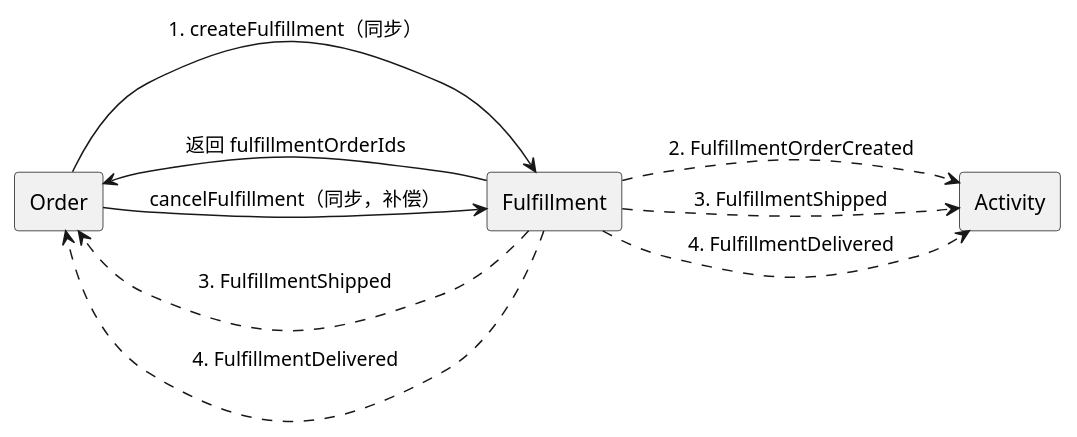
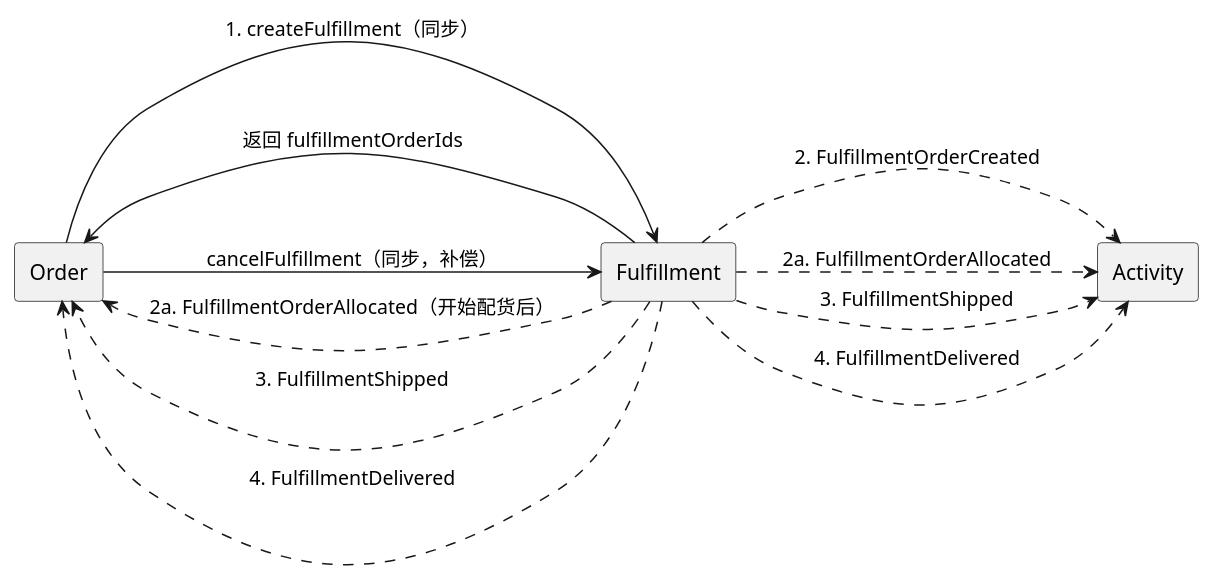
The diagram in docs/bounded-contexts/fulfillment/event-flow.md (mianhe/HMall), drawn with PlantUML before and after one commit. The commit also changed other lines of this file and 75 other files, not shown here.

First line of the commit message:
feat: 交易全链路打通 — Fulfillment 配货状态、Kafka 事件发布、Activity 监控增强

````diff
--- a/docs/bounded-contexts/fulfillment/event-flow.md
+++ b/docs/bounded-contexts/fulfillment/event-flow.md
@@ -47,18 +52,20 @@
 ```plantuml
 @startuml fulfillment-flow
 skinparam componentStyle rectangle
 left to right direction
 component "Order" as Order
 component "Fulfillment" as Fulfillment
 component "Activity" as Activity
 
 Order --> Fulfillment : 1. createFulfillment（同步）
 Order <-- Fulfillment : 返回 fulfillmentOrderIds
 Fulfillment ..> Activity : 2. FulfillmentOrderCreated
+Fulfillment ..> Order : 2a. FulfillmentOrderAllocated（开始配货后）
+Fulfillment ..> Activity : 2a. FulfillmentOrderAllocated
 Fulfillment ..> Order : 3. FulfillmentShipped
 Fulfillment ..> Activity : 3. FulfillmentShipped
 Fulfillment ..> Order : 4. FulfillmentDelivered
 Fulfillment ..> Activity : 4. FulfillmentDelivered
 Order --> Fulfillment : cancelFulfillment（同步，补偿）
 @enduml
 ```
````
